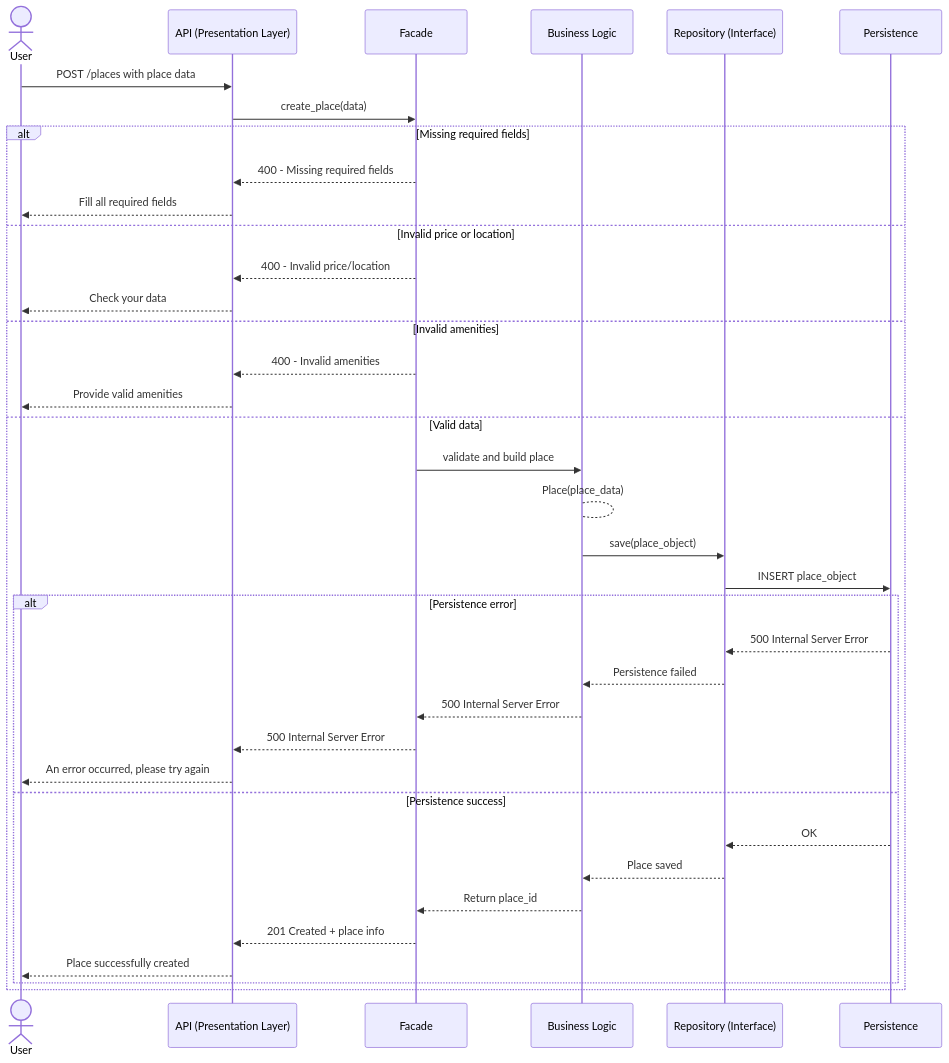
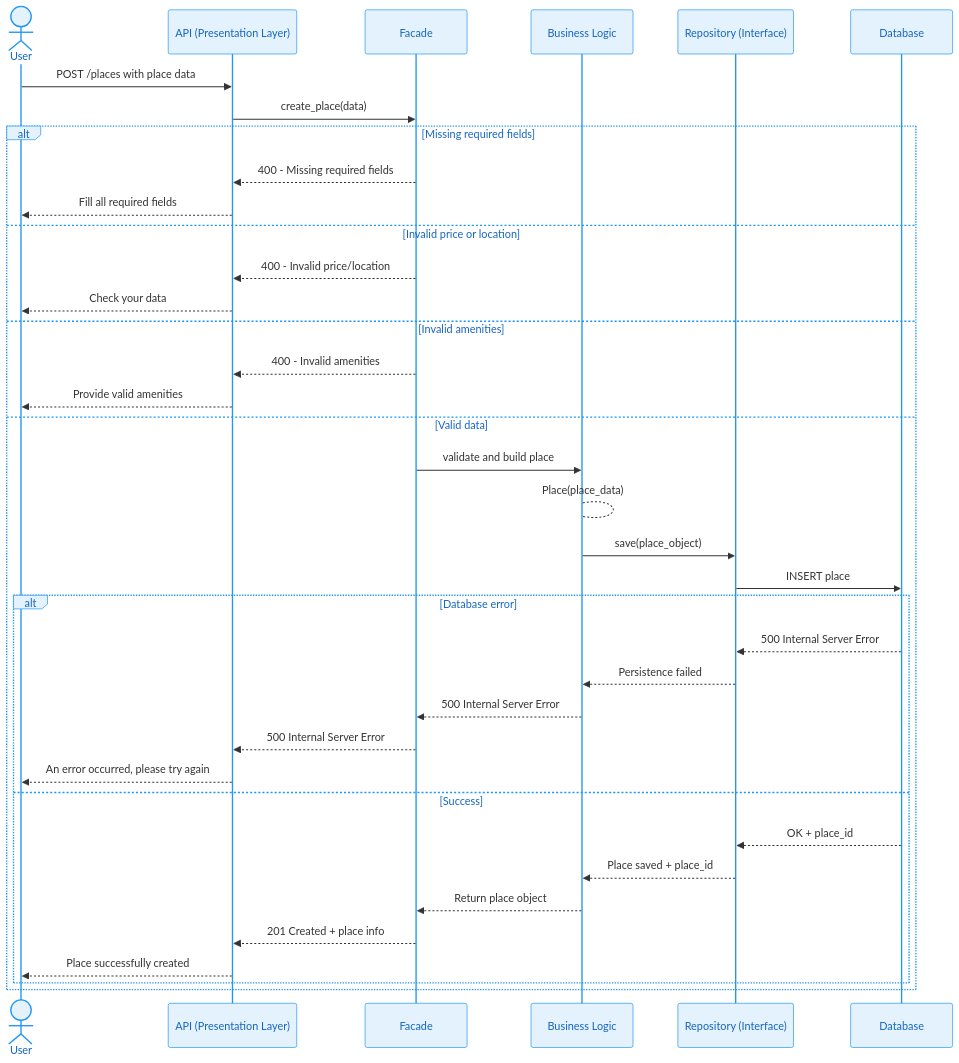
Before and after one commit to ValentinDLC/HolbertonSchool-Hbnb: the second of 4 diagrams in Part1/API_Calls_diagrams.md, drawn with Mermaid. The commit also changed other lines of this file, not shown here.

Commit message:
Style: add professional blue/grey theme to sequence diagrams

````diff
--- a/Part1/API_Calls_diagrams.md
+++ b/Part1/API_Calls_diagrams.md
@@ -55,46 +62,53 @@
 ```mermaid
+%%{init: {'theme':'base', 'themeVariables': {
+  'actorBkg':'#E3F2FD',
+  'actorBorder':'#2196F3',
+  'actorTextColor':'#1565C0',
+  'noteBkgColor':'#FFF9C4',
+  'noteBorderColor':'#FBC02D'
+}}}%%
 sequenceDiagram
     %% Layers:
     %% Presentation: User, API
-    %% Business Logic: Facade, PlaceLogic, PlaceRepository
+    %% Business Logic: Facade, PlaceLogic, Repository
     %% Persistence: Database
 
     actor User
     participant API as API (Presentation Layer)
     participant Facade as Facade
     participant PlaceLogic as Business Logic
-    participant PlaceRepository as Repository (Interface)
-    participant Database as Persistence
+    participant Repository as Repository (Interface)
+    participant Database as Database
 
     User ->> API: POST /places with place data
     API ->> Facade: create_place(data)
 
     alt Missing required fields
         Facade -->> API: 400 - Missing required fields
         API -->> User: Fill all required fields
     else Invalid price or location
         Facade -->> API: 400 - Invalid price/location
         API -->> User: Check your data
     else Invalid amenities
         Facade -->> API: 400 - Invalid amenities
         API -->> User: Provide valid amenities
     else Valid data
         Facade ->> PlaceLogic: validate and build place
-        PlaceLogic --> PlaceLogic: Place(place_data)  # Création de l'instance
-        PlaceLogic ->> PlaceRepository: save(place_object)
-        PlaceRepository ->> Database: INSERT place_object
-        alt Persistence error
-            Database -->> PlaceRepository: 500 Internal Server Error
-            PlaceRepository -->> PlaceLogic: Persistence failed
+        PlaceLogic --> PlaceLogic: Place(place_data)
+        PlaceLogic ->> Repository: save(place_object)
+        Repository ->> Database: INSERT place
+        alt Database error
+            Database -->> Repository: 500 Internal Server Error
+            Repository -->> PlaceLogic: Persistence failed
             PlaceLogic -->> Facade: 500 Internal Server Error
             Facade -->> API: 500 Internal Server Error
             API -->> User: An error occurred, please try again
-        else Persistence success
-            Database -->> PlaceRepository: OK
-            PlaceRepository -->> PlaceLogic: Place saved
-            PlaceLogic -->> Facade: Return place_id
+        else Success
+            Database -->> Repository: OK + place_id
+            Repository -->> PlaceLogic: Place saved + place_id
+            PlaceLogic -->> Facade: Return place object
             Facade -->> API: 201 Created + place info
             API -->> User: Place successfully created
         end
     end
 ```
````
